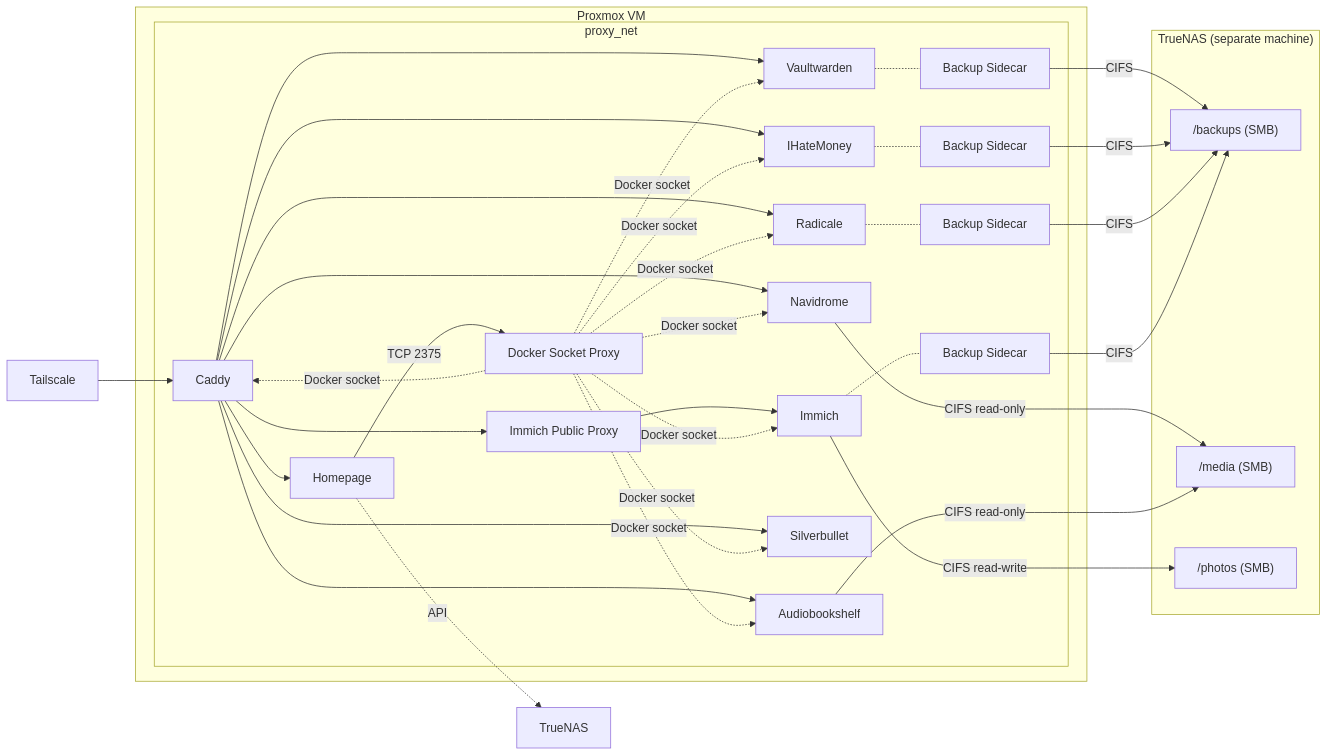
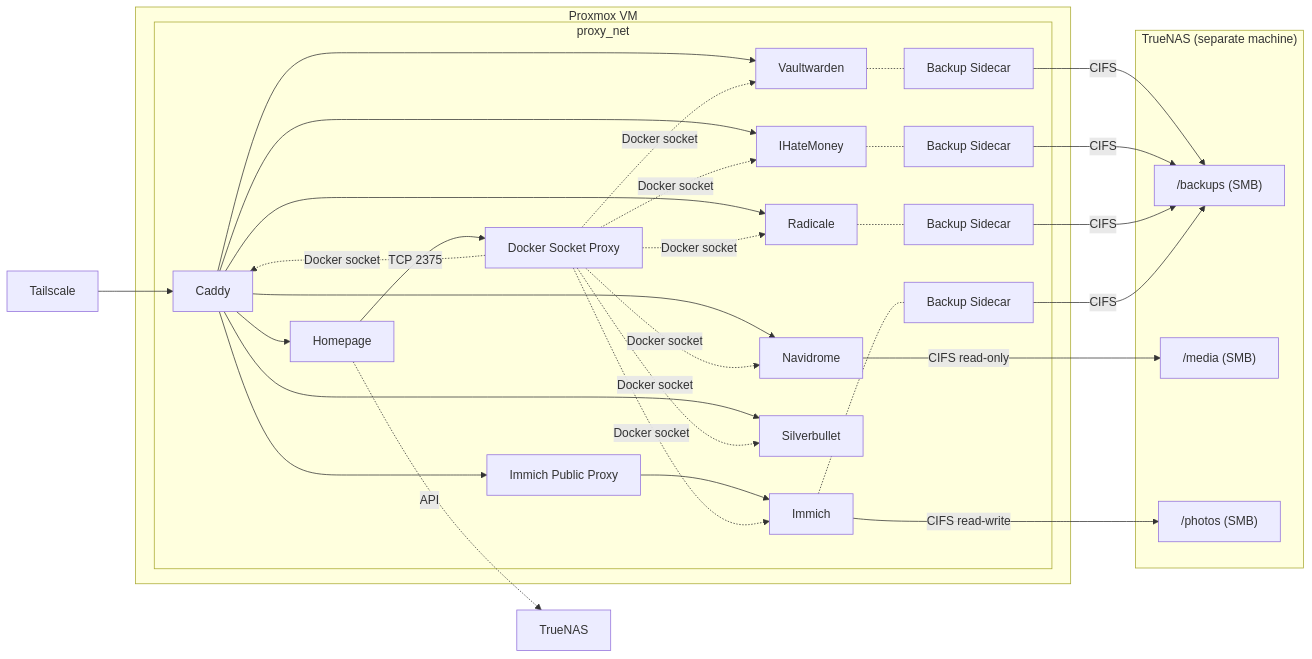
The first of 2 diagrams in README.md (masolnada/homelab), drawn with Mermaid before and after one commit. The commit also changed other lines of this file and 3 other files, not shown here.

````diff
--- a/README.md
+++ b/README.md
@@ -7,48 +7,45 @@
 ```mermaid
 graph LR
     TS[Tailscale] --> Caddy
 
     subgraph VM["Proxmox VM"]
         subgraph proxy_net
             Caddy --> Homepage
             Caddy --> Vaultwarden
             Caddy --> Navidrome
-            Caddy --> Audiobookshelf
             Caddy --> IHateMoney
             Caddy --> Radicale
             Caddy --> Silverbullet
             Caddy --> ImmichProxy[Immich Public Proxy]
             ImmichProxy --> Immich[Immich]
             Homepage -->|TCP 2375| DockerProxy[Docker Socket Proxy]
             DockerProxy -.->|Docker socket| Caddy
             DockerProxy -.->|Docker socket| Vaultwarden
             DockerProxy -.->|Docker socket| Navidrome
-            DockerProxy -.->|Docker socket| Audiobookshelf
             DockerProxy -.->|Docker socket| IHateMoney
             DockerProxy -.->|Docker socket| Radicale
             DockerProxy -.->|Docker socket| Silverbullet
             DockerProxy -.->|Docker socket| Immich
             Vaultwarden -.- Backup[Backup Sidecar]
             IHateMoney -.- IHMBackup[Backup Sidecar]
             Radicale -.- RadBackup[Backup Sidecar]
             Immich -.- ImmichBackup[Backup Sidecar]
         end
     end
 
     subgraph NAS["TrueNAS (separate machine)"]
         backups["/backups (SMB)"]
         media["/media (SMB)"]
         photos["/photos (SMB)"]
     end
 
     Homepage -.->|API| TrueNAS
 
     Backup -->|CIFS| backups
     IHMBackup -->|CIFS| backups
     RadBackup -->|CIFS| backups
     ImmichBackup -->|CIFS| backups
 
     Navidrome -->|CIFS read-only| media
-    Audiobookshelf -->|CIFS read-only| media
     Immich -->|CIFS read-write| photos
 ```
````
